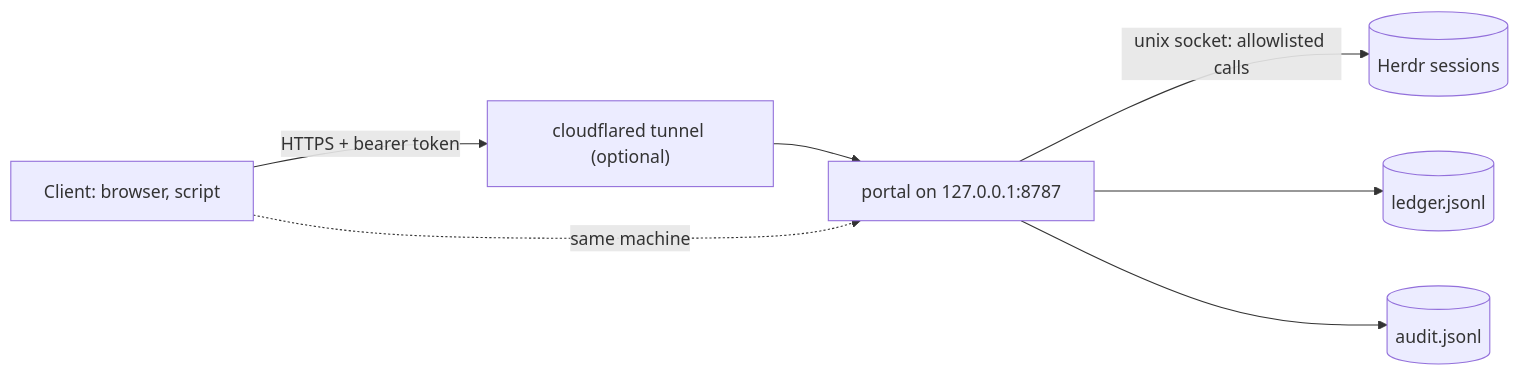
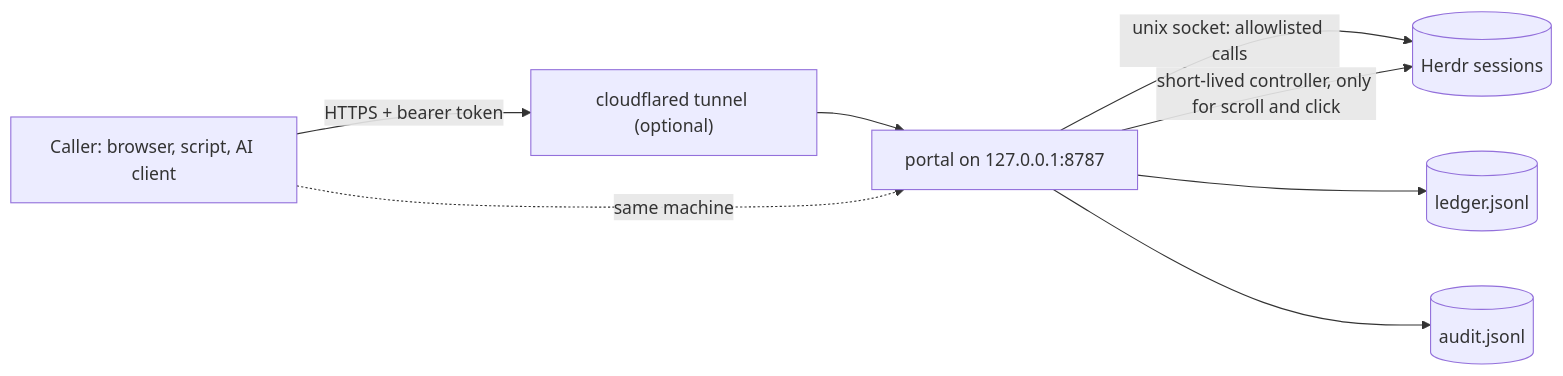
Before and after one commit to romiluz13/instinct-herdr-tunnel: the diagram in README.md, drawn with Mermaid. The commit also changed other lines of this file and 58 other files, not shown here.

````diff
--- a/README.md
+++ b/README.md
@@ -67,9 +97,10 @@
 ```mermaid
 flowchart LR
-  C["Client: browser, script"] -->|"HTTPS + bearer token"| T["cloudflared tunnel (optional)"]
+  C["Caller: browser, script, AI client"] -->|"HTTPS + bearer token"| T["cloudflared tunnel (optional)"]
   T --> P["portal on 127.0.0.1:8787"]
   C -.->|"same machine"| P
   P -->|"unix socket: allowlisted calls"| H[("Herdr sessions")]
+  P -->|"short-lived controller, only for scroll and click"| H
   P --> L[("ledger.jsonl")]
   P --> A[("audit.jsonl")]
 ```
````
